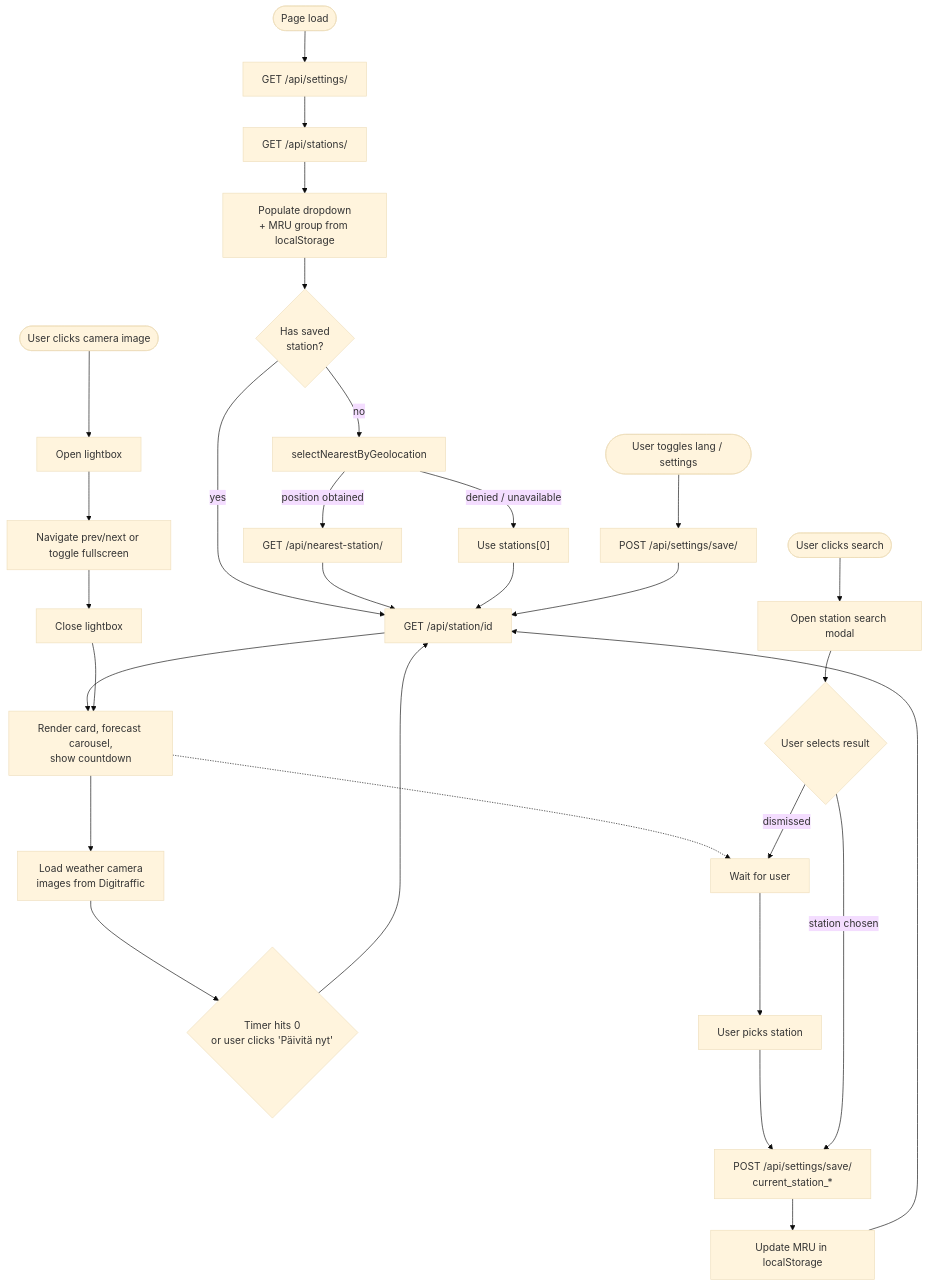
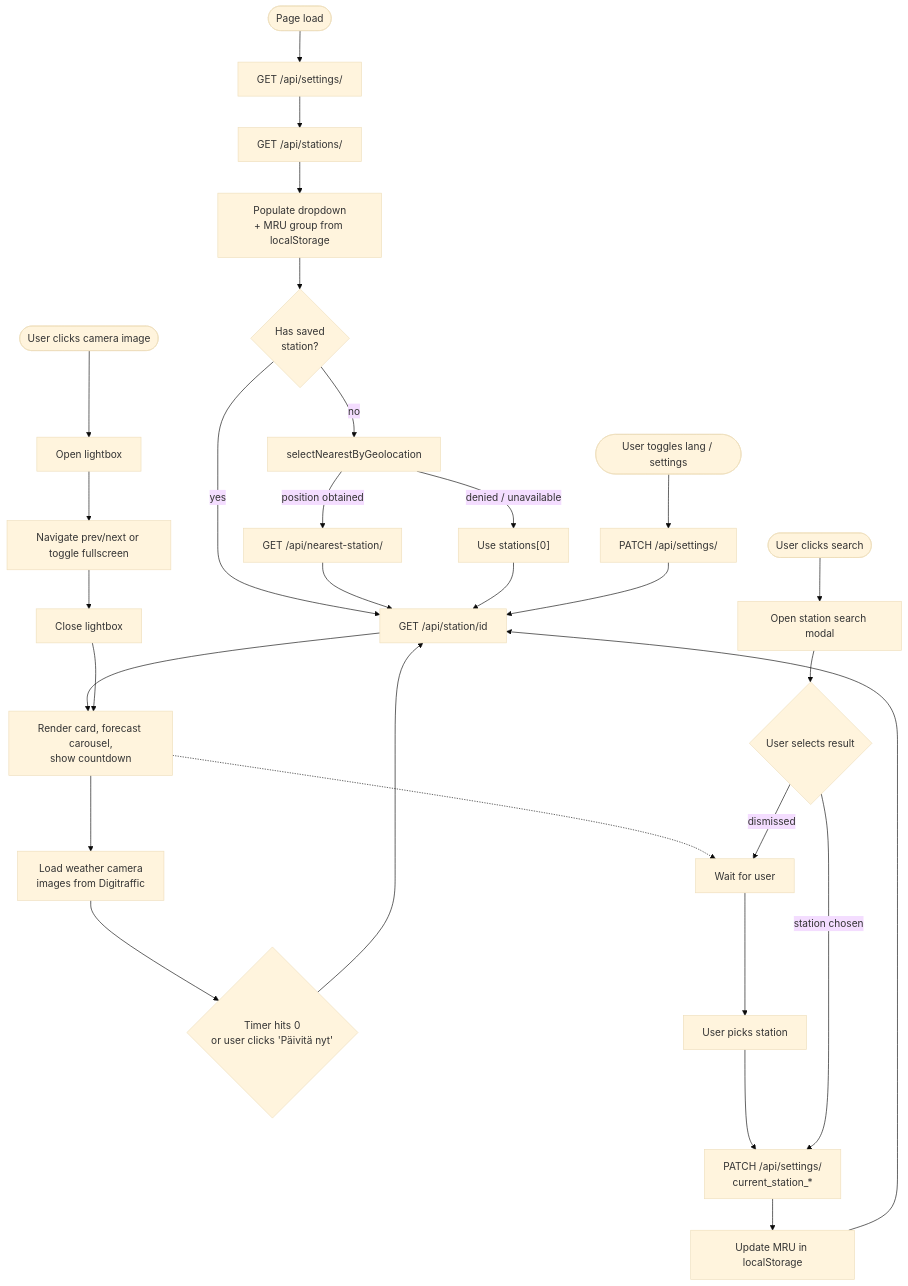
Before and after one commit to jjankkil/weatherview-django: the eighth of 9 diagrams in docs/ARCHITECTURE.md, drawn with Mermaid (base theme). The commit also changed other lines of this file and 9 other files, not shown here.

Commit message:
Use PATCH for settings resource updates

````diff
--- a/docs/ARCHITECTURE.md
+++ b/docs/ARCHITECTURE.md
@@ -436,32 +435,32 @@
 ```mermaid
 flowchart TD
     A([Page load]) --> B[GET /api/settings/]
     B --> C[GET /api/stations/]
     C --> D[Populate dropdown<br/>+ MRU group from localStorage]
     D --> E2{Has saved<br/>station?}
     E2 -->|yes| F[GET /api/station/id]
     E2 -->|no| GEO[selectNearestByGeolocation]
     GEO -->|position obtained| NS[GET /api/nearest-station/]
     GEO -->|denied / unavailable| F1["Use stations[0]"]
     NS --> F
     F1 --> F
     F --> H[Render card, forecast carousel,<br/>show countdown]
     H --> I[Load weather camera<br/>images from Digitraffic]
     H -.-> G[Wait for user]
     I --> J{Timer hits 0<br/>or user clicks 'Päivitä nyt'}
     J --> F
     G --> K[User picks station]
-    K --> L[POST /api/settings/save/<br/>current_station_*]
+    K --> L[PATCH /api/settings/<br/>current_station_*]
     L --> M[Update MRU in localStorage]
     M --> F
-    N([User toggles lang / settings]) --> O[POST /api/settings/save/]
+    N([User toggles lang / settings]) --> O[PATCH /api/settings/]
     O --> F
     P([User clicks search]) --> Q[Open station search modal]
     Q --> R{User selects result}
     R -->|station chosen| L
     R -->|dismissed| G
     S([User clicks camera image]) --> T[Open lightbox]
     T --> U[Navigate prev/next or toggle fullscreen]
     U --> V[Close lightbox]
     V --> H
 ```
````
